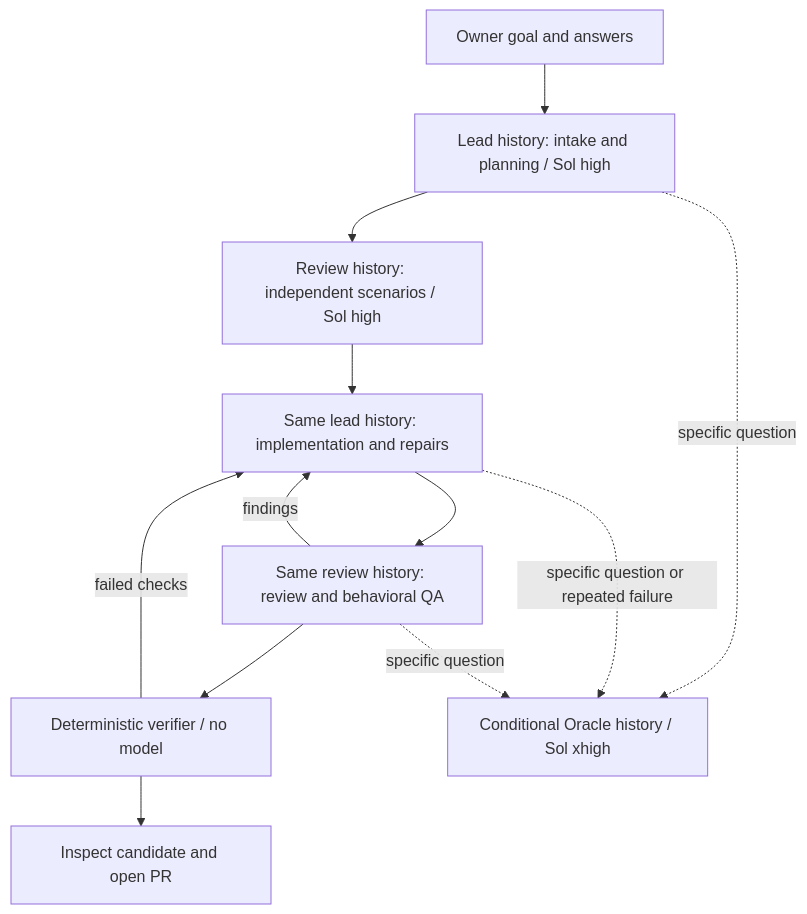
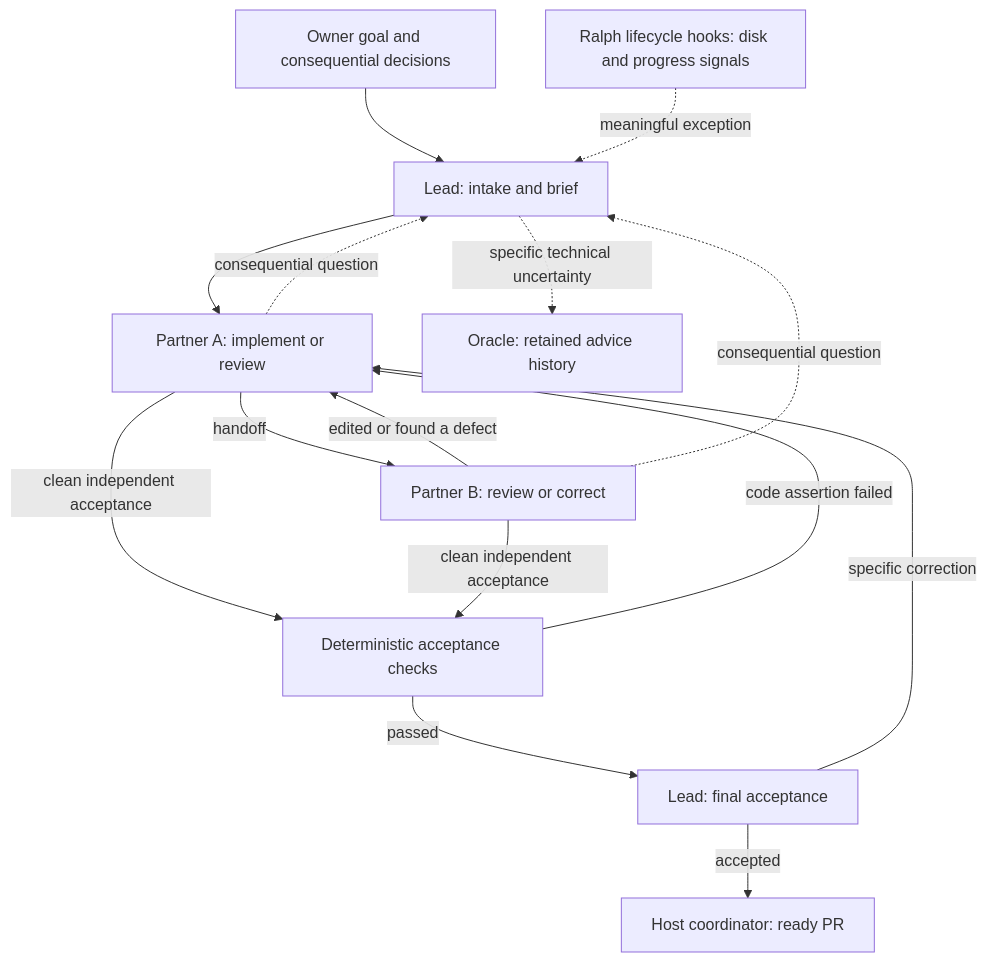
One commit to IvoryHeart/herdr-world changed the diagram in docs/agent-development.md. Above: the diagram before and after it, drawn with Mermaid. The commit also changed other lines of this file and 40 other files, not shown here.

Commit message:
Use shared-worktree pairing and resumable acceptance in Ralph

````diff
--- a/docs/agent-development.md
+++ b/docs/agent-development.md
@@ -127,14 +42,17 @@
 ```mermaid
 flowchart TD
-  Goal[Owner goal and answers] --> Lead[Lead history: intake and planning / Sol high]
-  Lead --> Scenarios[Review history: independent scenarios / Sol high]
-  Scenarios --> Build[Same lead history: implementation and repairs]
-  Build --> Review[Same review history: review and behavioral QA]
-  Review -->|findings| Build
-  Review --> Verify[Deterministic verifier / no model]
-  Verify -->|failed checks| Build
-  Verify --> Delivery[Inspect candidate and open PR]
-  Lead -. specific question .-> Oracle[Conditional Oracle history / Sol xhigh]
-  Build -. specific question or repeated failure .-> Oracle
-  Review -. specific question .-> Oracle
+    Owner[Owner goal and consequential decisions] --> Lead[Lead: intake and brief]
+    Lead --> A[Partner A: implement or review]
+    A -->|handoff| B[Partner B: review or correct]
+    B -->|edited or found a defect| A
+    A -->|clean independent acceptance| Checks[Deterministic acceptance checks]
+    B -->|clean independent acceptance| Checks
+    Checks -->|code assertion failed| A
+    Checks -->|passed| Final[Lead: final acceptance]
+    Final -->|specific correction| A
+    Final -->|accepted| PR[Host coordinator: ready PR]
+    A -. consequential question .-> Lead
+    B -. consequential question .-> Lead
+    Lead -. specific technical uncertainty .-> Oracle[Oracle: retained advice history]
+    Health[Ralph lifecycle hooks: disk and progress signals] -. meaningful exception .-> Lead
 ```
````
